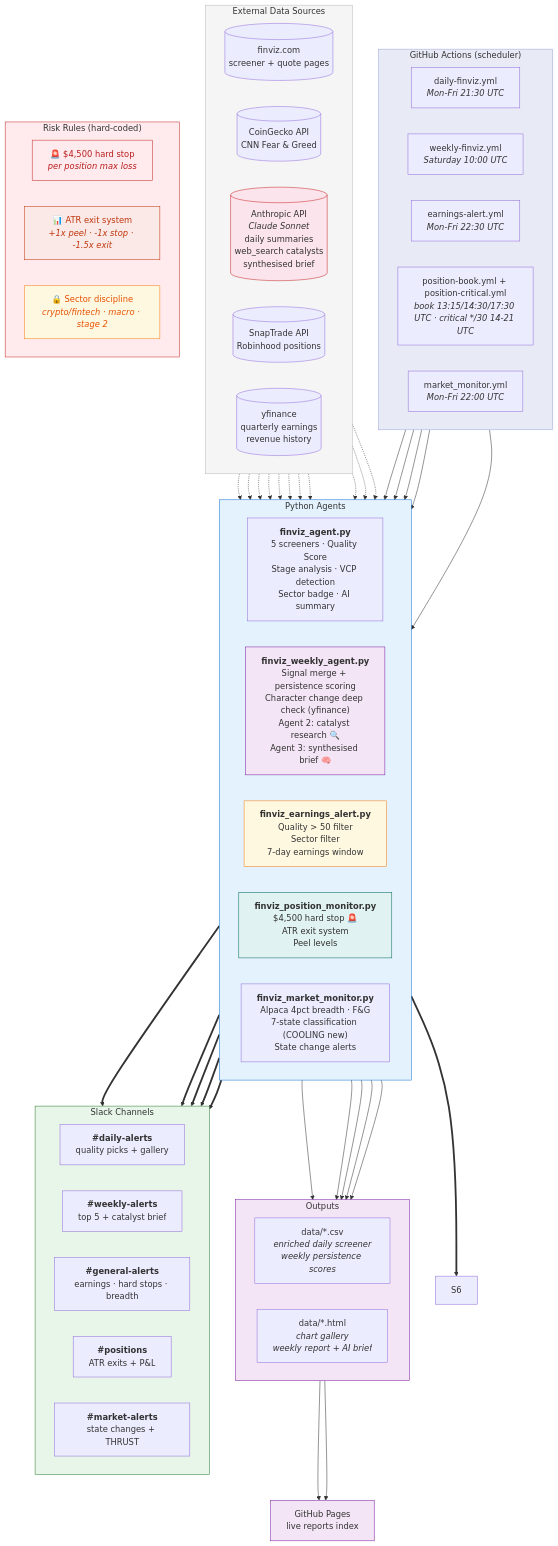
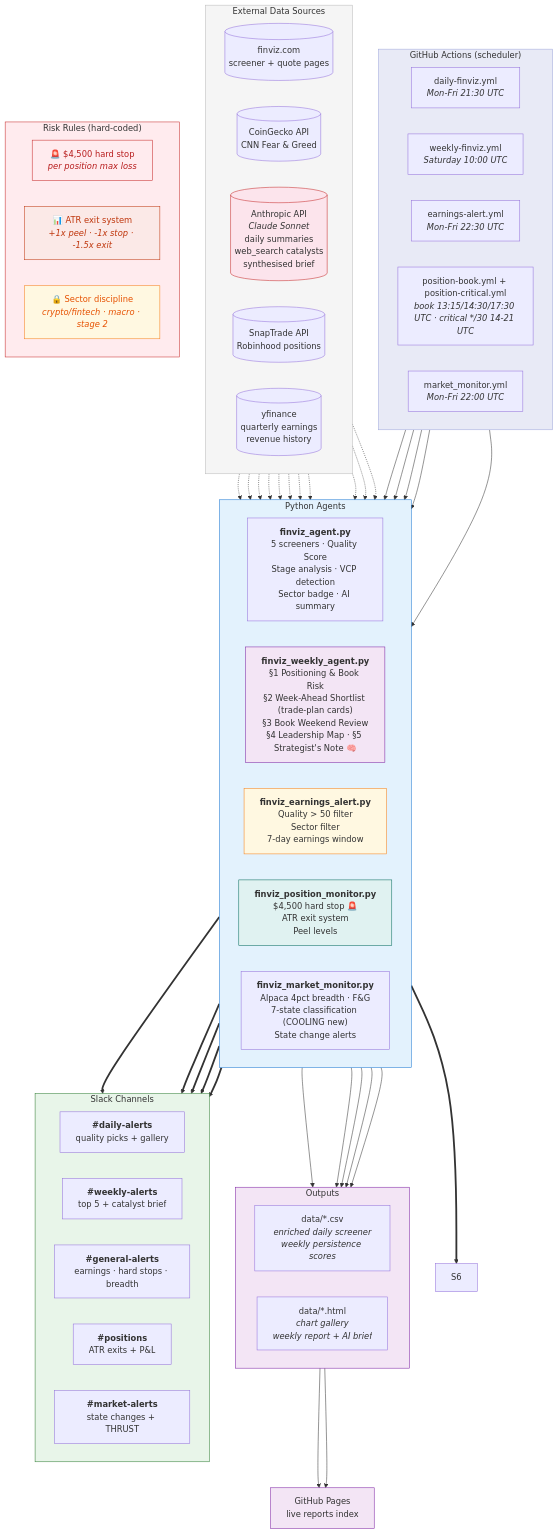
Before and after one commit to AnanthSrinivasan/finviz-screener-agent: the diagram in SYSTEM_DOCS.md, drawn with Mermaid. The commit also changed other lines of this file and 1 other file, not shown here.

First line of the commit message:
docs: weekly review rebuild (Feature D) in CLAUDE.md + SYSTEM_DOCS.md

```diff
--- a/SYSTEM_DOCS.md
+++ b/SYSTEM_DOCS.md
@@ -44,7 +44,7 @@
     subgraph AGENTS["Python Agents"]
         direction LR
         A1["<b>finviz_agent.py</b><br/>5 screeners · Quality Score<br/>Stage analysis · VCP detection<br/>Sector badge · AI summary"]
-        A2["<b>finviz_weekly_agent.py</b><br/>Signal merge + persistence scoring<br/>Character change deep check (yfinance)<br/>Agent 2: catalyst research 🔍<br/>Agent 3: synthesised brief 🧠"]
+        A2["<b>finviz_weekly_agent.py</b><br/>§1 Positioning & Book Risk<br/>§2 Week-Ahead Shortlist (trade-plan cards)<br/>§3 Book Weekend Review<br/>§4 Leadership Map · §5 Strategist's Note 🧠"]
         A3["<b>finviz_earnings_alert.py</b><br/>Quality &gt; 50 filter<br/>Sector filter<br/>7-day earnings window"]
         A4["<b>finviz_position_monitor.py</b><br/>$4,500 hard stop 🚨<br/>ATR exit system<br/>Peel levels"]
         A5["<b>finviz_market_monitor.py</b><br/>Alpaca 4pct breadth · F&amp;G<br/>7-state classification (COOLING new)<br/>State change alerts"]
```
